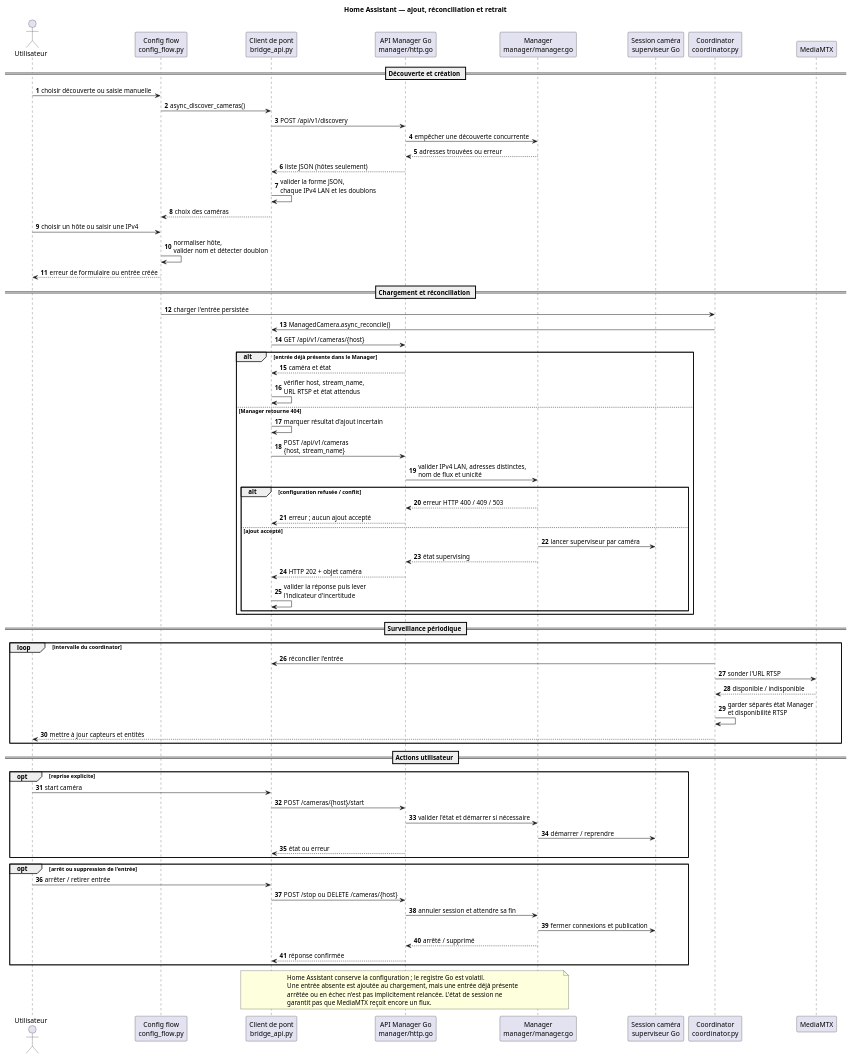
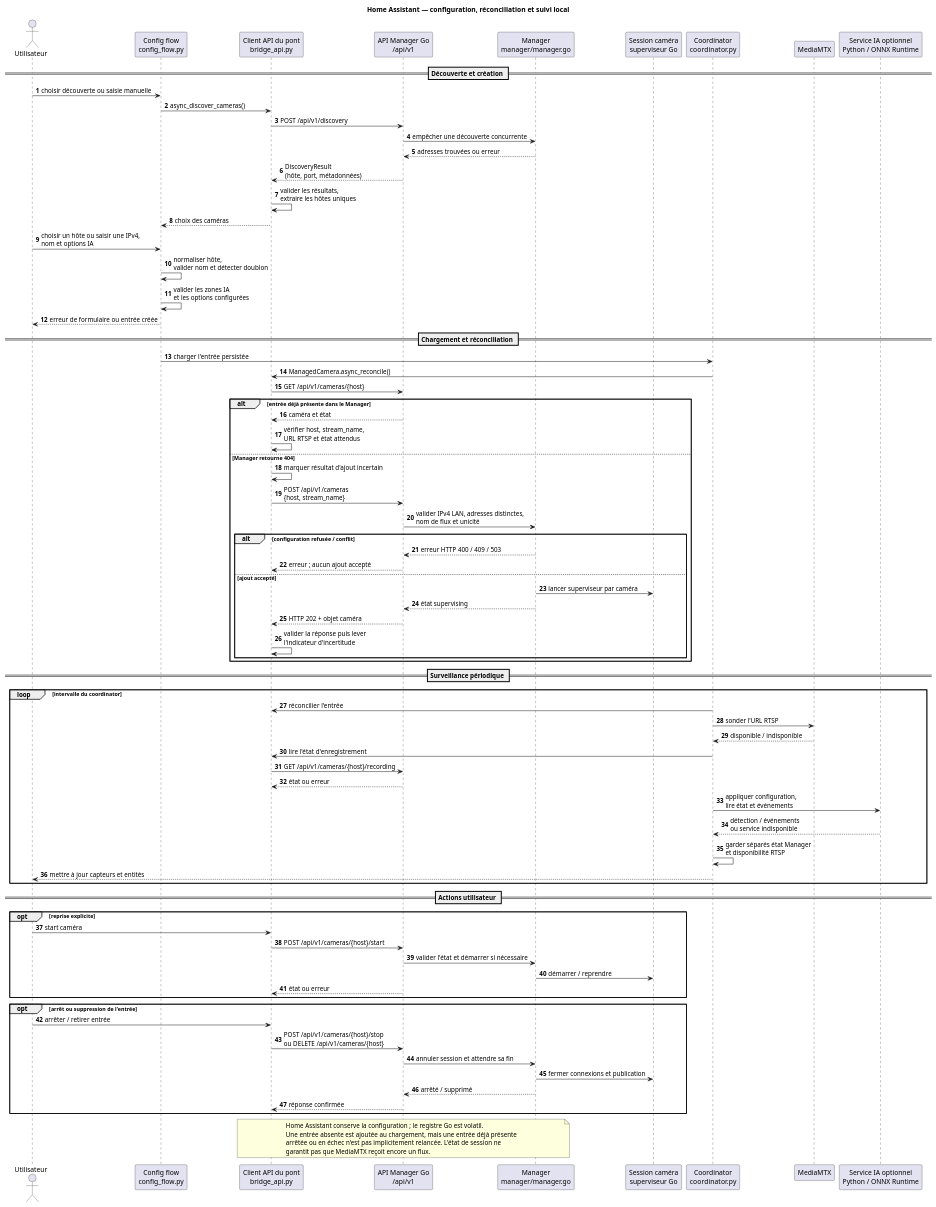
The diagram in uml/03-cycle-home-assistant.puml (mtx26/netvue-ha), drawn with PlantUML before and after one commit. The commit also changed 4 other files, not shown here.

Commit message:
refactor: mettre à jour les diagrammes UML pour refléter l'architecture actuelle et les composants

```diff
--- a/uml/03-cycle-home-assistant.puml
+++ b/uml/03-cycle-home-assistant.puml
@@ -1,82 +1,89 @@
 @startuml
-title Home Assistant — ajout, réconciliation et retrait
+title Home Assistant — configuration, réconciliation et suivi local
 autonumber
 
 actor Utilisateur
 participant "Config flow\nconfig_flow.py" as Flow
-participant "Client de pont\nbridge_api.py" as HAAPI
-participant "API Manager Go\nmanager/http.go" as API
+participant "Client API du pont\nbridge_api.py" as HAAPI
+participant "API Manager Go\n/api/v1" as API
 participant "Manager\nmanager/manager.go" as Manager
 participant "Session caméra\nsuperviseur Go" as Session
 participant "Coordinator\ncoordinator.py" as Coordinator
 participant "MediaMTX" as MTX
+participant "Service IA optionnel\nPython / ONNX Runtime" as AI
 
 == Découverte et création ==
 Utilisateur -> Flow : choisir découverte ou saisie manuelle
 Flow -> HAAPI : async_discover_cameras()
 HAAPI -> API : POST /api/v1/discovery
 API -> Manager : empêcher une découverte concurrente
 Manager --> API : adresses trouvées ou erreur
-API --> HAAPI : liste JSON (hôtes seulement)
-HAAPI -> HAAPI : valider la forme JSON,\nchaque IPv4 LAN et les doublons
+API --> HAAPI : DiscoveryResult\n(hôte, port, métadonnées)
+HAAPI -> HAAPI : valider les résultats,\nextraire les hôtes uniques
 HAAPI --> Flow : choix des caméras
-Utilisateur -> Flow : choisir un hôte ou saisir une IPv4
+Utilisateur -> Flow : choisir un hôte ou saisir une IPv4,\nnom et options IA
 Flow -> Flow : normaliser hôte,\nvalider nom et détecter doublon
+Flow -> Flow : valider les zones IA\net les options configurées
 Flow --> Utilisateur : erreur de formulaire ou entrée créée
 
 == Chargement et réconciliation ==
 Flow -> Coordinator : charger l'entrée persistée
 Coordinator -> HAAPI : ManagedCamera.async_reconcile()
 HAAPI -> API : GET /api/v1/cameras/{host}
 alt entrée déjà présente dans le Manager
   API --> HAAPI : caméra et état
   HAAPI -> HAAPI : vérifier host, stream_name,\nURL RTSP et état attendus
 else Manager retourne 404
   HAAPI -> HAAPI : marquer résultat d'ajout incertain
   HAAPI -> API : POST /api/v1/cameras\n{host, stream_name}
   API -> Manager : valider IPv4 LAN, adresses distinctes,\nnom de flux et unicité
   alt configuration refusée / conflit
     Manager --> API : erreur HTTP 400 / 409 / 503
     API --> HAAPI : erreur ; aucun ajout accepté
   else ajout accepté
     Manager -> Session : lancer superviseur par caméra
     Manager --> API : état supervising
     API --> HAAPI : HTTP 202 + objet caméra
     HAAPI -> HAAPI : valider la réponse puis lever\nl'indicateur d'incertitude
   end
 end
 
 == Surveillance périodique ==
 loop intervalle du coordinator
   Coordinator -> HAAPI : réconcilier l'entrée
   Coordinator -> MTX : sonder l'URL RTSP
   MTX --> Coordinator : disponible / indisponible
+  Coordinator -> HAAPI : lire l'état d'enregistrement
+  HAAPI -> API : GET /api/v1/cameras/{host}/recording
+  API --> HAAPI : état ou erreur
+  Coordinator -> AI : appliquer configuration,\nlire état et événements
+  AI --> Coordinator : détection / événements\nou service indisponible
   Coordinator -> Coordinator : garder séparés état Manager\net disponibilité RTSP
   Coordinator --> Utilisateur : mettre à jour capteurs et entités
 end
 
 == Actions utilisateur ==
 opt reprise explicite
   Utilisateur -> HAAPI : start caméra
-  HAAPI -> API : POST /cameras/{host}/start
+  HAAPI -> API : POST /api/v1/cameras/{host}/start
   API -> Manager : valider l'état et démarrer si nécessaire
   Manager -> Session : démarrer / reprendre
   API --> HAAPI : état ou erreur
 end
 
 opt arrêt ou suppression de l'entrée
   Utilisateur -> HAAPI : arrêter / retirer entrée
-  HAAPI -> API : POST /stop ou DELETE /cameras/{host}
+  HAAPI -> API : POST /api/v1/cameras/{host}/stop\nou DELETE /api/v1/cameras/{host}
   API -> Manager : annuler session et attendre sa fin
   Manager -> Session : fermer connexions et publication
   Manager --> API : arrêté / supprimé
   API --> HAAPI : réponse confirmée
 end
 
 note over HAAPI,Manager
 Home Assistant conserve la configuration ; le registre Go est volatil.
 Une entrée absente est ajoutée au chargement, mais une entrée déjà présente
 arrêtée ou en échec n'est pas implicitement relancée. L'état de session ne
 garantit pas que MediaMTX reçoit encore un flux.
 end note
 @enduml
```
